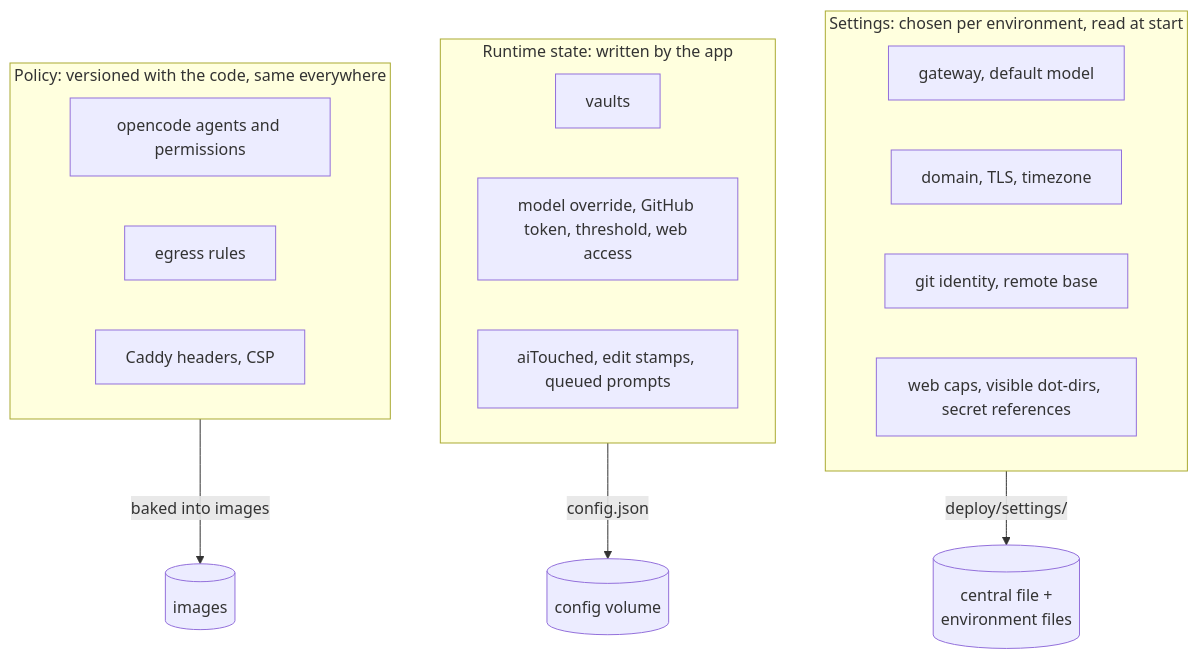
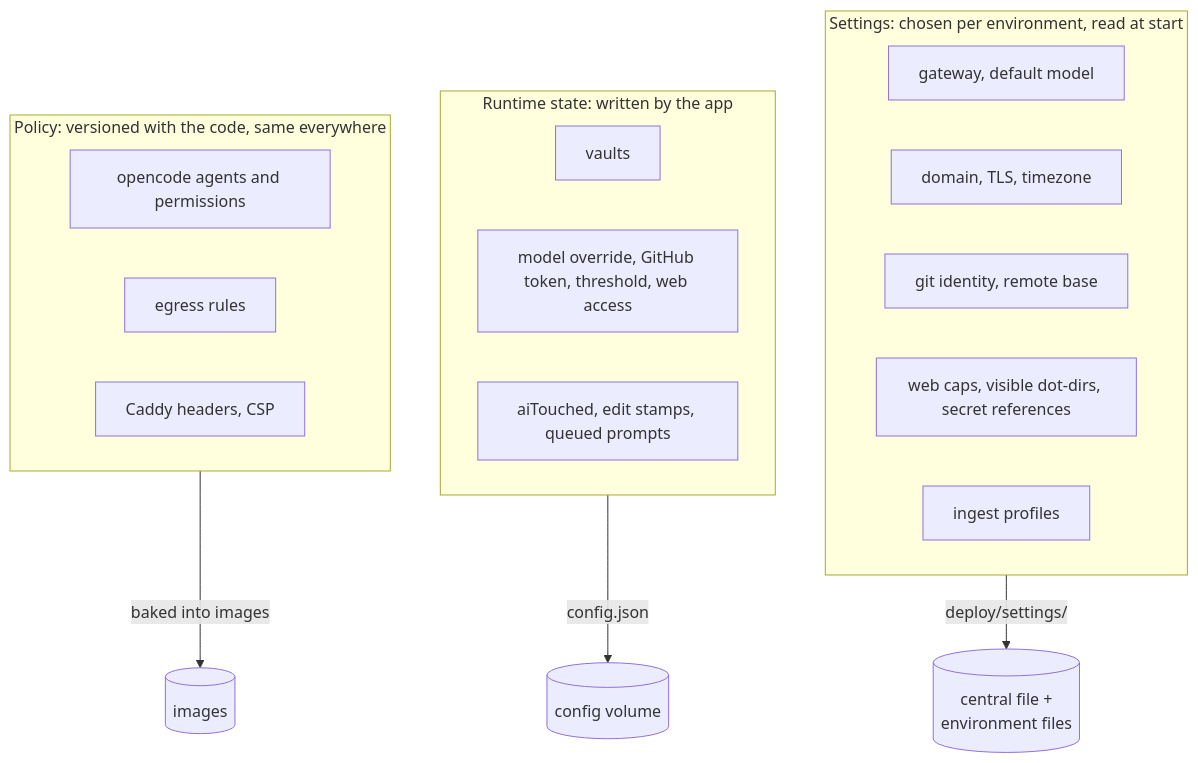
One commit to tillg/karpathy.app changed the first of 21 diagrams in specs/system/domain.md. Above: the diagram before and after it, drawn with Mermaid. The commit also changed other lines of this file and 5 other files, not shown here.

````diff
--- a/specs/system/domain.md
+++ b/specs/system/domain.md
@@ -204,22 +223,23 @@
 ```mermaid
 flowchart TB
   subgraph S["Settings: chosen per environment, read at start"]
     s1[gateway, default model]
     s2[domain, TLS, timezone]
     s3[git identity, remote base]
     s4[web caps, visible dot-dirs, secret references]
+    s5[ingest profiles]
   end
   subgraph R["Runtime state: written by the app"]
     r1[vaults]
     r2[model override, GitHub token, threshold, web access]
     r3[aiTouched, edit stamps, queued prompts]
   end
   subgraph P["Policy: versioned with the code, same everywhere"]
     p1[opencode agents and permissions]
     p2[egress rules]
     p3[Caddy headers, CSP]
   end
   S -->|deploy/settings/| F[(central file +<br/>environment files)]
   R -->|config.json| C[(config volume)]
   P -->|baked into images| I[(images)]
 ```
````
